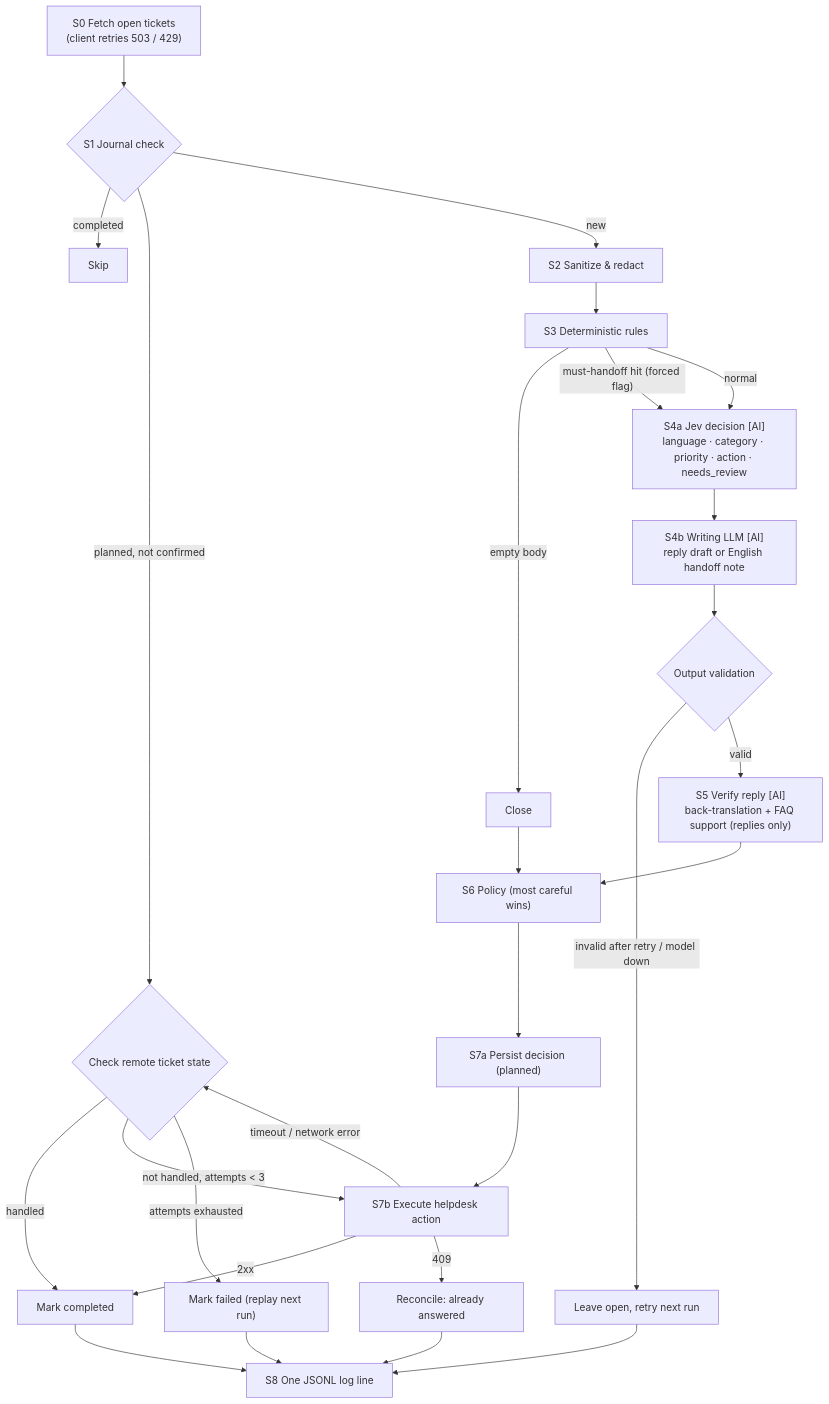
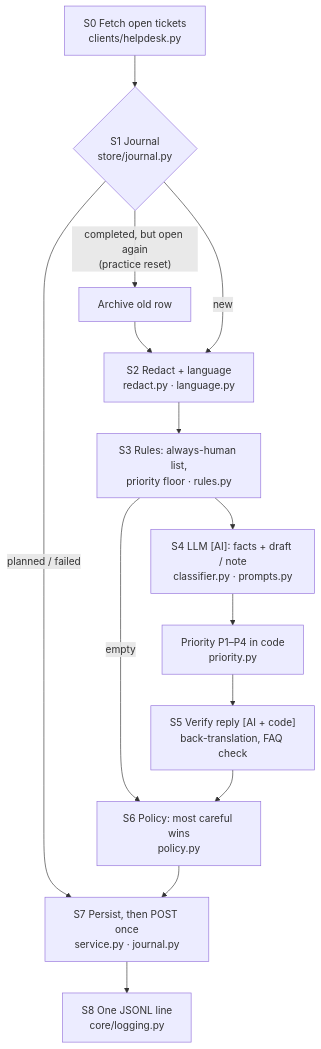
Before and after one commit to Vickey21299/-Support-ticket-agent: the first of 2 diagrams in backend/SYSTEM.md, drawn with Mermaid. The commit also changed other lines of this file and 6 other files, not shown here.

````diff
--- a/backend/SYSTEM.md
+++ b/backend/SYSTEM.md
@@ -59,29 +49,15 @@
 ```mermaid
 flowchart TD
-    A["S0 Fetch open tickets<br/>(client retries 503 / 429)"] --> B{"S1 Journal check"}
-    B -->|completed| Z["Skip"]
-    B -->|planned, not confirmed| M
-    B -->|new| C["S2 Sanitize & redact"]
-    C --> D["S3 Deterministic rules"]
-    D -->|empty body| P["Close"]
-    D -->|"must-handoff hit (forced flag)"| E
-    D -->|normal| E["S4a Jev decision [AI]<br/>language · category · priority · action · needs_review"]
-    E --> W["S4b Writing LLM [AI]<br/>reply draft or English handoff note"]
-    W --> F{"Output validation"}
-    F -->|invalid after retry / model down| X["Leave open, retry next run"]
-    F -->|valid| G["S5 Verify reply [AI]<br/>back-translation + FAQ support (replies only)"]
-    G --> H["S6 Policy (most careful wins)"]
-    P --> H
-    H --> I["S7a Persist decision (planned)"]
-    I --> J["S7b Execute helpdesk action"]
-    J -->|2xx| K["Mark completed"]
-    J -->|409| L["Reconcile: already answered"]
-    J -->|timeout / network error| M{"Check remote ticket state"}
-    M -->|handled| K
-    M -->|"not handled, attempts < 3"| J
-    M -->|attempts exhausted| Y["Mark failed (replay next run)"]
-    K --> N["S8 One JSONL log line"]
-    L --> N
-    X --> N
-    Y --> N
+    S0["S0 Fetch open tickets<br/>clients/helpdesk.py"] --> S1{"S1 Journal<br/>store/journal.py"}
+    S1 -->|"completed, but open again<br/>(practice reset)"| ARC[Archive old row] --> S2
+    S1 -->|planned / failed| S7
+    S1 -->|new| S2["S2 Redact + language<br/>redact.py · language.py"]
+    S2 --> S3["S3 Rules: always-human list,<br/>priority floor · rules.py"]
+    S3 -->|empty| S6
+    S3 --> S4["S4 LLM [AI]: facts + draft / note<br/>classifier.py · prompts.py"]
+    S4 --> PR["Priority P1–P4 in code<br/>priority.py"]
+    PR --> S5["S5 Verify reply [AI + code]<br/>back-translation, FAQ check"]
+    S5 --> S6["S6 Policy: most careful wins<br/>policy.py"]
+    S6 --> S7["S7 Persist, then POST once<br/>service.py · journal.py"]
+    S7 --> S8["S8 One JSONL line<br/>core/logging.py"]
 ```
````
